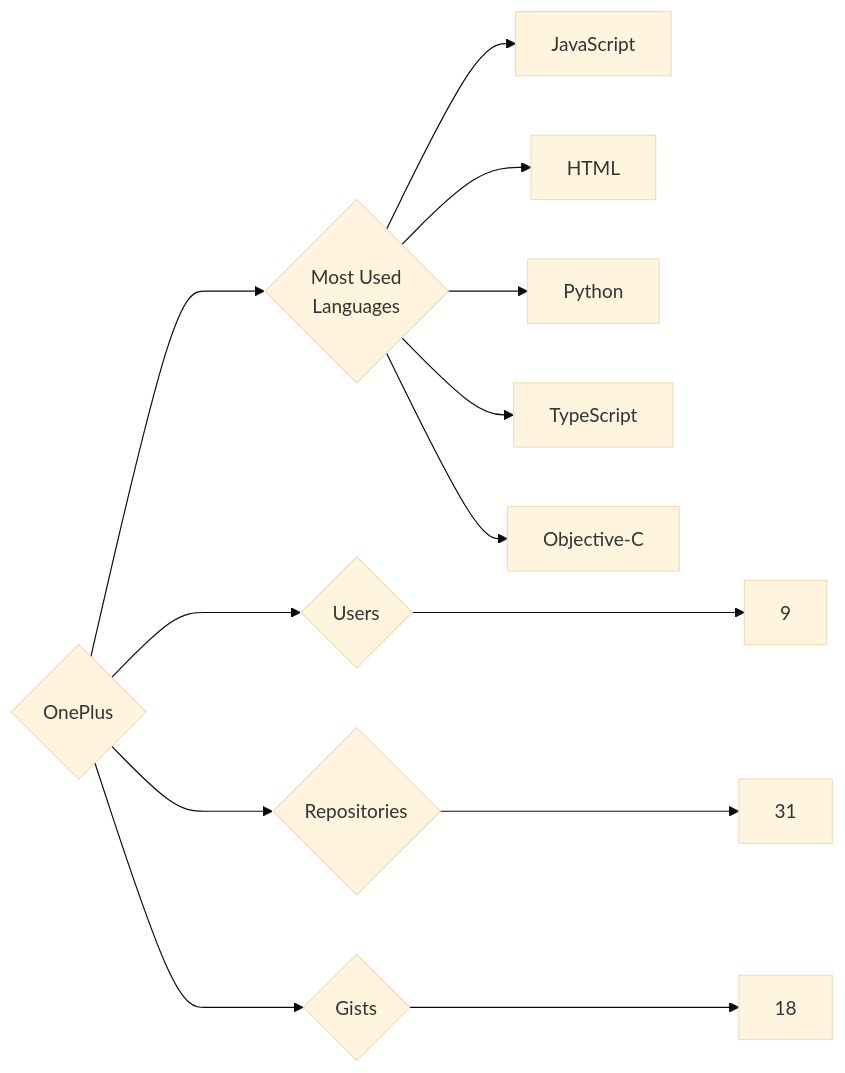
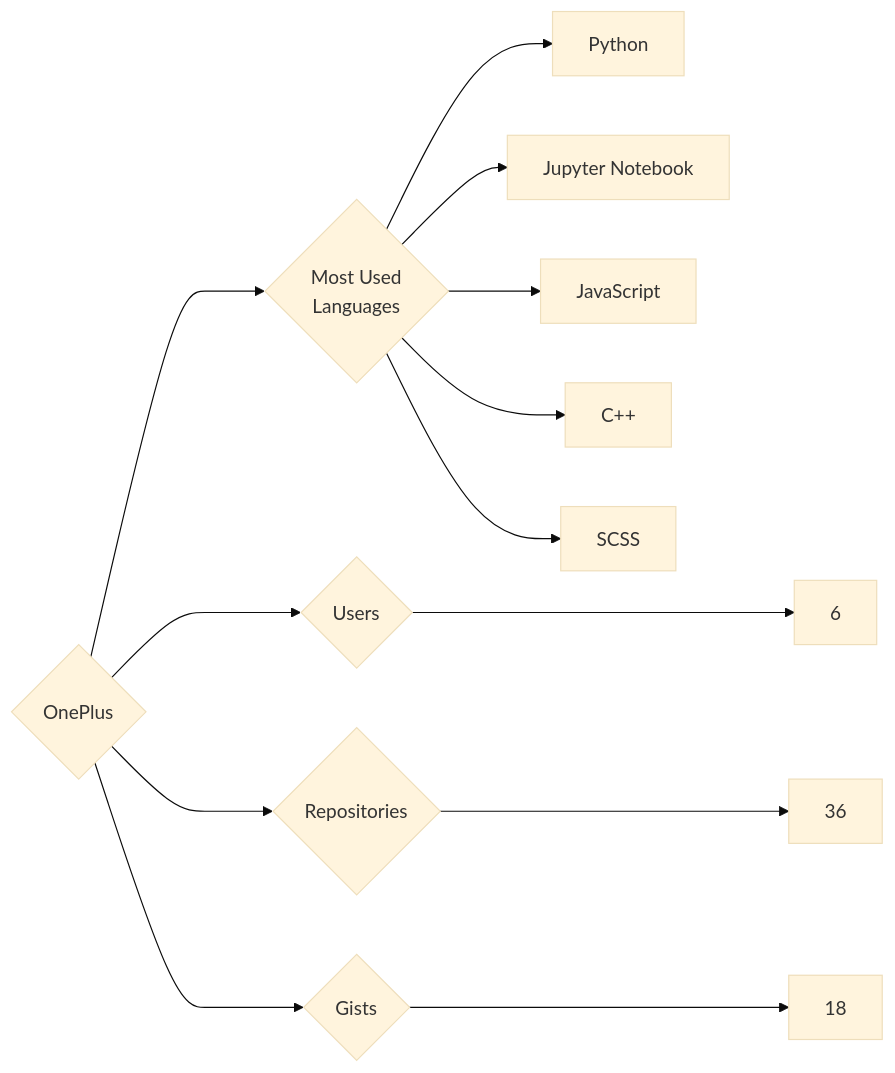
The diagram in targets/OnePlus/README.md (trickest/insiders), drawn with Mermaid (base theme) before and after one commit. The commit also changed 1696 other files, not shown here.

````diff
--- a/targets/OnePlus/README.md
+++ b/targets/OnePlus/README.md
@@ -3,13 +3,13 @@
 ```mermaid
 graph LR
 COMPANY_NAME{OnePlus}
-COMPANY_NAME ---> U{Users} ---> UN[9]
-COMPANY_NAME ---> R{Repositories} ---> RN[31]
+COMPANY_NAME ---> U{Users} ---> UN[6]
+COMPANY_NAME ---> R{Repositories} ---> RN[36]
 COMPANY_NAME ---> G{Gists} ---> GN[18]
 COMPANY_NAME ---> ML{Most Used<br>Languages}
+ML --> Python[Python]
+ML --> Jupyter_Notebook[Jupyter Notebook]
 ML --> JavaScript[JavaScript]
-ML --> HTML[HTML]
-ML --> Python[Python]
-ML --> TypeScript[TypeScript]
-ML --> Objective-C[Objective-C]
+ML --> C++[C++]
+ML --> SCSS[SCSS]
 ```
````
